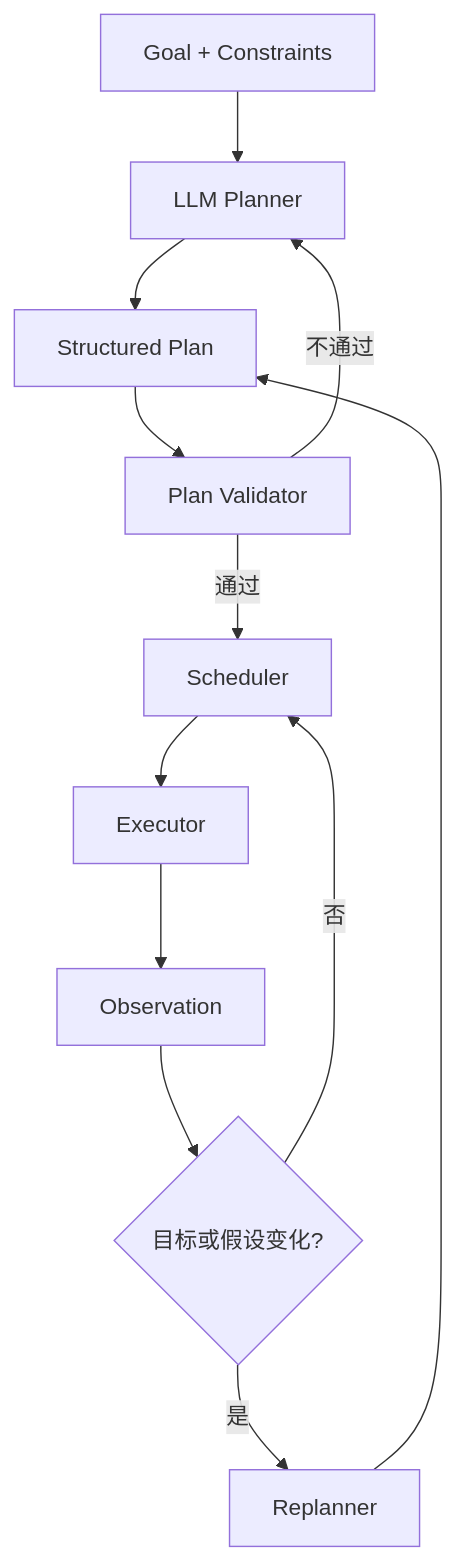
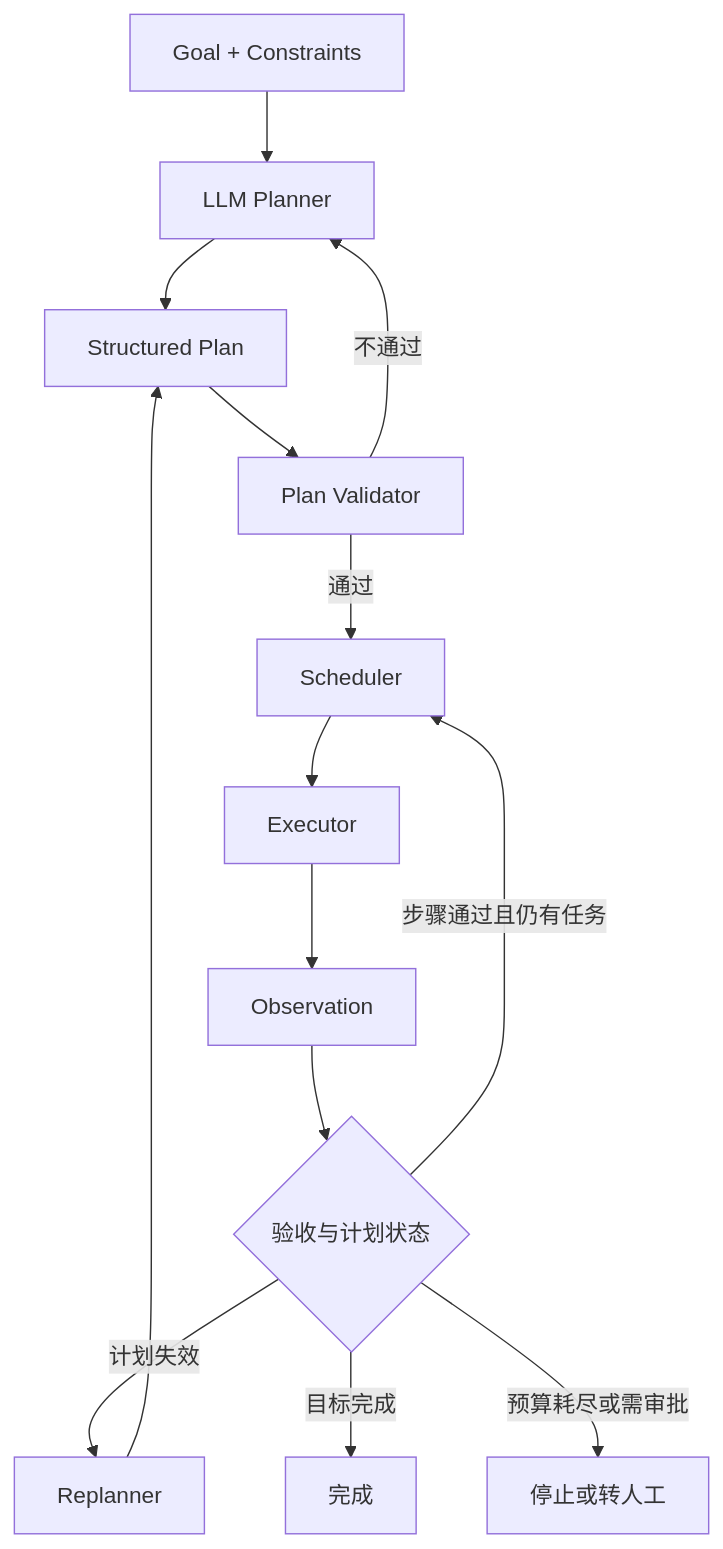
Before and after one commit to oneleaveknowsthefall/awesome-ai-roadmap: the second of 17 diagrams in docs/agent/02-reasoning-planning/11-llm-agent-planning.md, drawn with Mermaid. The commit also changed other lines of this file and 50 other files, not shown here.

````diff
--- a/docs/agent/02-reasoning-planning/11-llm-agent-planning.md
+++ b/docs/agent/02-reasoning-planning/11-llm-agent-planning.md
@@ -113,14 +119,16 @@
 ```mermaid
 flowchart TB
     G[Goal + Constraints] --> P[LLM Planner]
     P --> S[Structured Plan]
     S --> V[Plan Validator]
     V -->|不通过| P
     V -->|通过| SCH[Scheduler]
     SCH --> E[Executor]
     E --> O[Observation]
-    O --> CHECK{目标或假设变化?}
-    CHECK -->|否| SCH
-    CHECK -->|是| RP[Replanner]
+    O --> CHECK{验收与计划状态}
+    CHECK -->|步骤通过且仍有任务| SCH
+    CHECK -->|计划失效| RP[Replanner]
+    CHECK -->|目标完成| DONE[完成]
+    CHECK -->|预算耗尽或需审批| STOP[停止或转人工]
     RP --> S
 ```
````
